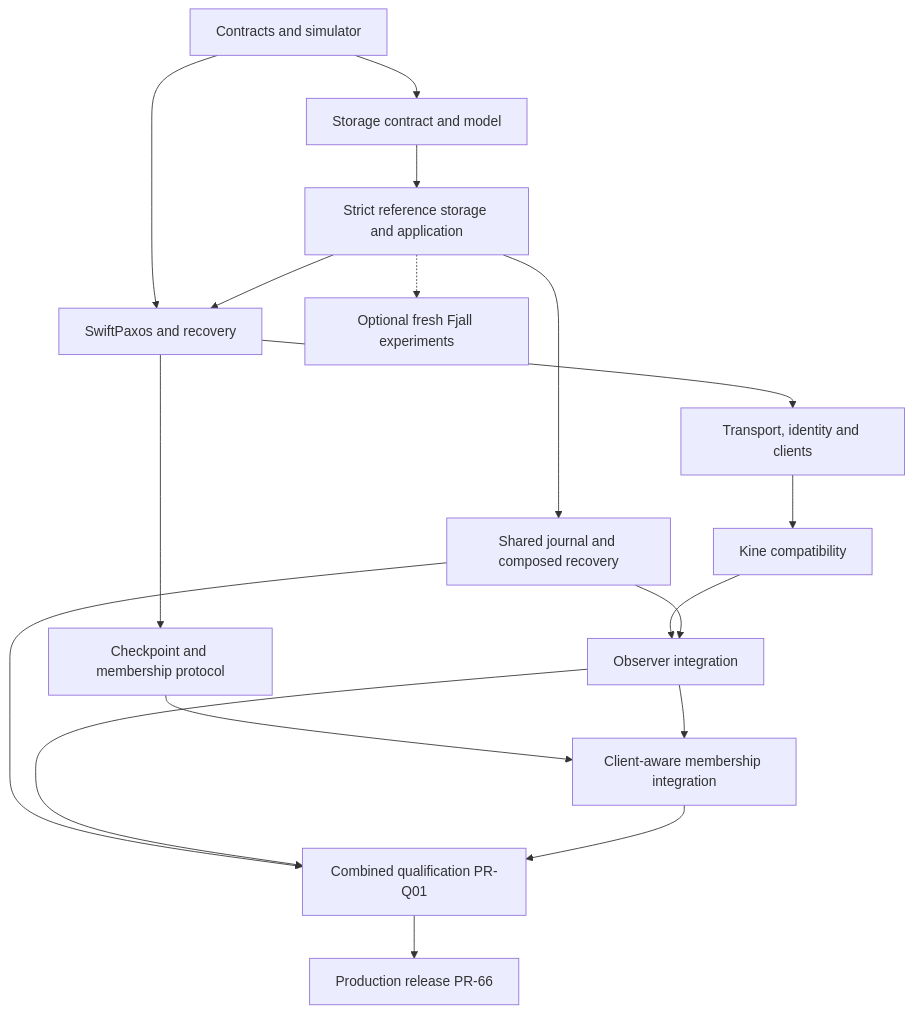
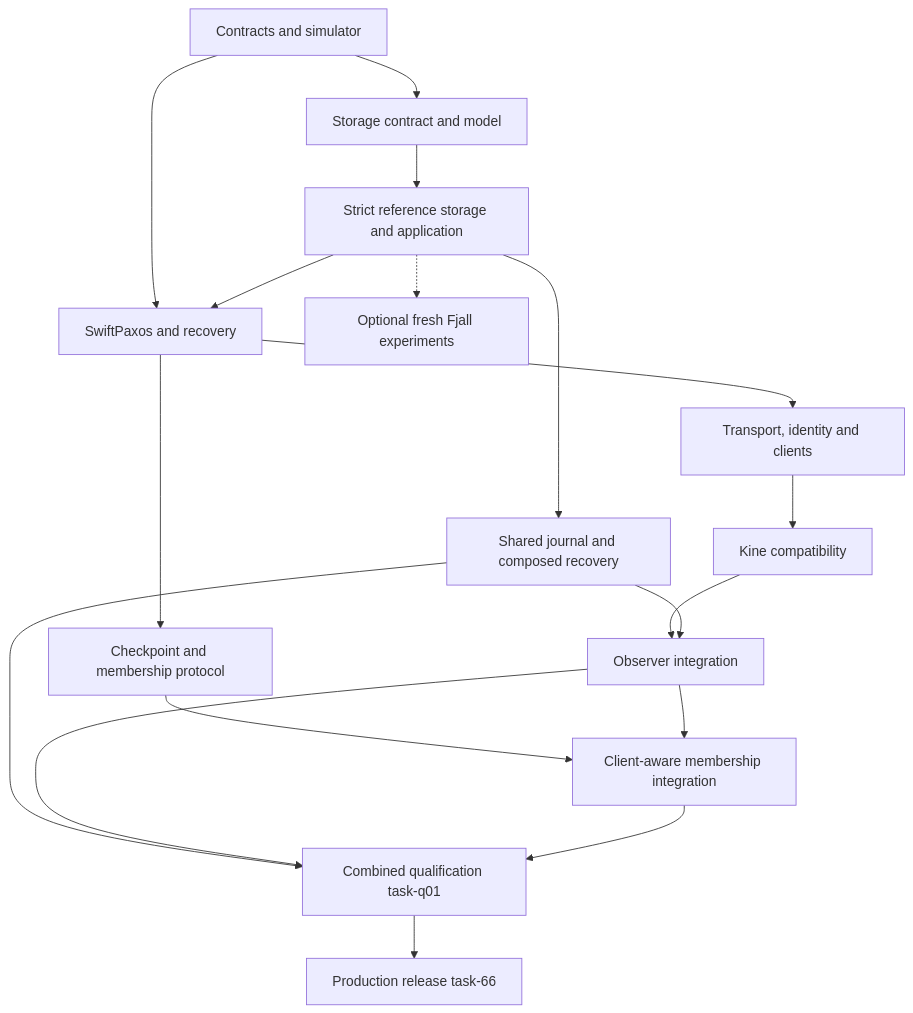
The diagram in docs/design/tuplesky-prs-plan.md (tuplesky/tuplesky), drawn with Mermaid before and after one commit. The commit also changed other lines of this file and 3 other files, not shown here.

````diff
--- a/docs/design/tuplesky-prs-plan.md
+++ b/docs/design/tuplesky-prs-plan.md
@@ -35,20 +37,20 @@
 ```mermaid
 flowchart TD
     A["Contracts and simulator"] --> S["Storage contract and model"]
     S --> B["Strict reference storage and application"]
     A --> C["SwiftPaxos and recovery"]
     B --> C
     C --> D["Transport, identity and clients"]
     D --> K["Kine compatibility"]
     C --> L["Checkpoint and membership protocol"]
     B --> J["Shared journal and composed recovery"]
     K --> O["Observer integration"]
     J --> O
     L --> M["Client-aware membership integration"]
     O --> M
-    J --> Q["Combined qualification PR-Q01"]
+    J --> Q["Combined qualification task-q01"]
     O --> Q
     M --> Q
-    Q --> R["Production release PR-66"]
+    Q --> R["Production release task-66"]
     B -.-> X["Optional fresh Fjall experiments"]
 ```
````
